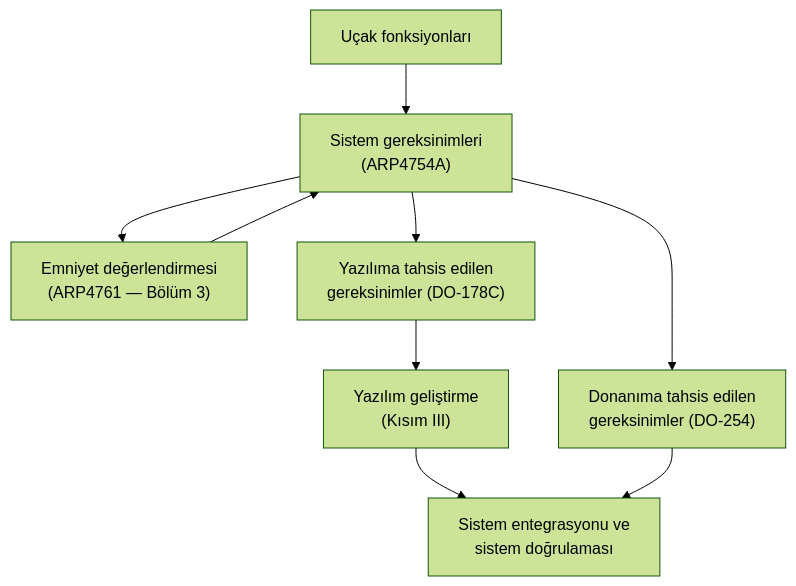
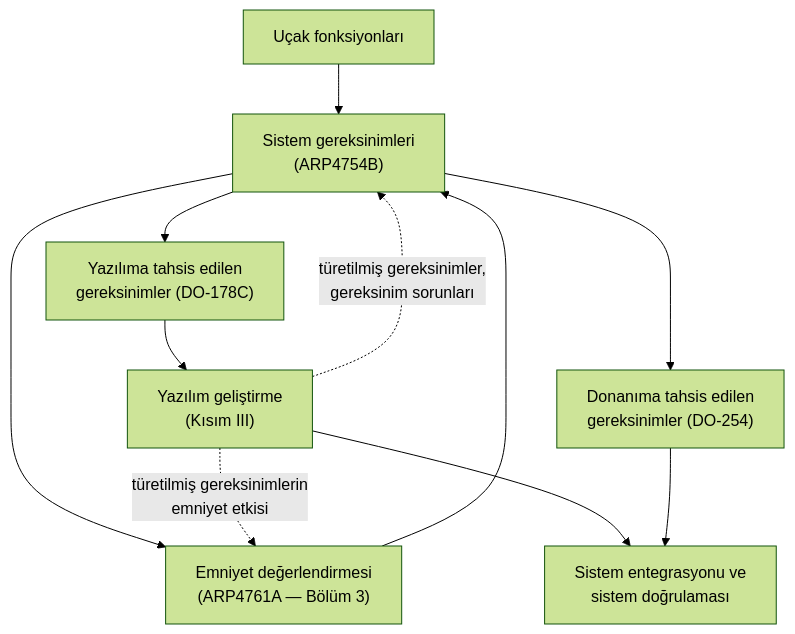
The diagram in kitap/02-baglam/02-sistem-baglaminda-yazilim.md (Mavrikant/aviyonikyazilim), drawn with Mermaid (forest theme) before and after one commit. The commit also changed other lines of this file and 35 other files, not shown here.

````diff
--- a/kitap/02-baglam/02-sistem-baglaminda-yazilim.md
+++ b/kitap/02-baglam/02-sistem-baglaminda-yazilim.md
@@ -30,11 +61,13 @@
 ```mermaid
 flowchart TD
-    A["Uçak fonksiyonları"] --> B["Sistem gereksinimleri<br/>(ARP4754A)"]
-    B --> C["Emniyet değerlendirmesi<br/>(ARP4761 — Bölüm 3)"]
+    A["Uçak fonksiyonları"] --> B["Sistem gereksinimleri<br/>(ARP4754B)"]
+    B --> C["Emniyet değerlendirmesi<br/>(ARP4761A — Bölüm 3)"]
     C --> B
     B --> D["Donanıma tahsis edilen<br/>gereksinimler (DO-254)"]
     B --> E["Yazılıma tahsis edilen<br/>gereksinimler (DO-178C)"]
     E --> F["Yazılım geliştirme<br/>(Kısım III)"]
     F --> G["Sistem entegrasyonu ve<br/>sistem doğrulaması"]
     D --> G
+    F -. "türetilmiş gereksinimler,<br/>gereksinim sorunları" .-> B
+    F -. "türetilmiş gereksinimlerin<br/>emniyet etkisi" .-> C
 ```
````
